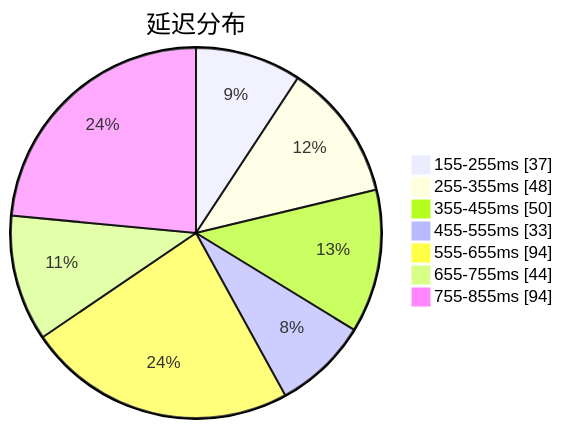
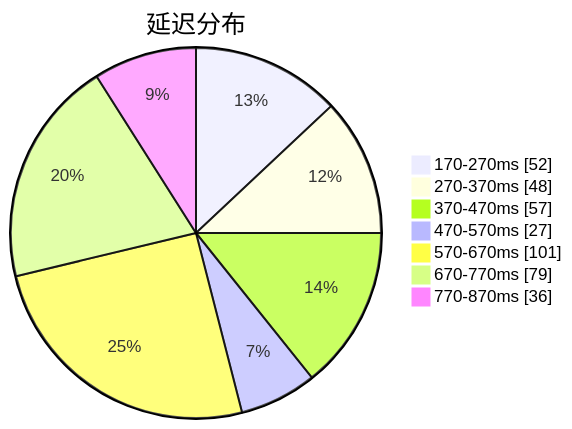
Before and after one commit to qjlxg/airport: the first of 3 diagrams in subs/statistics/tested_within.md, drawn with Mermaid. The commit also changed other lines of this file and 2 other files, not shown here.

````diff
--- a/subs/statistics/tested_within.md
+++ b/subs/statistics/tested_within.md
@@ -2,11 +2,11 @@
 ```mermaid
 pie showData
 title 延迟分布
-"155-255ms" : 37
-"255-355ms" : 48
-"355-455ms" : 50
-"455-555ms" : 33
-"555-655ms" : 94
-"655-755ms" : 44
-"755-855ms" : 94
+"170-270ms" : 52
+"270-370ms" : 48
+"370-470ms" : 57
+"470-570ms" : 27
+"570-670ms" : 101
+"670-770ms" : 79
+"770-870ms" : 36
 ```
````
